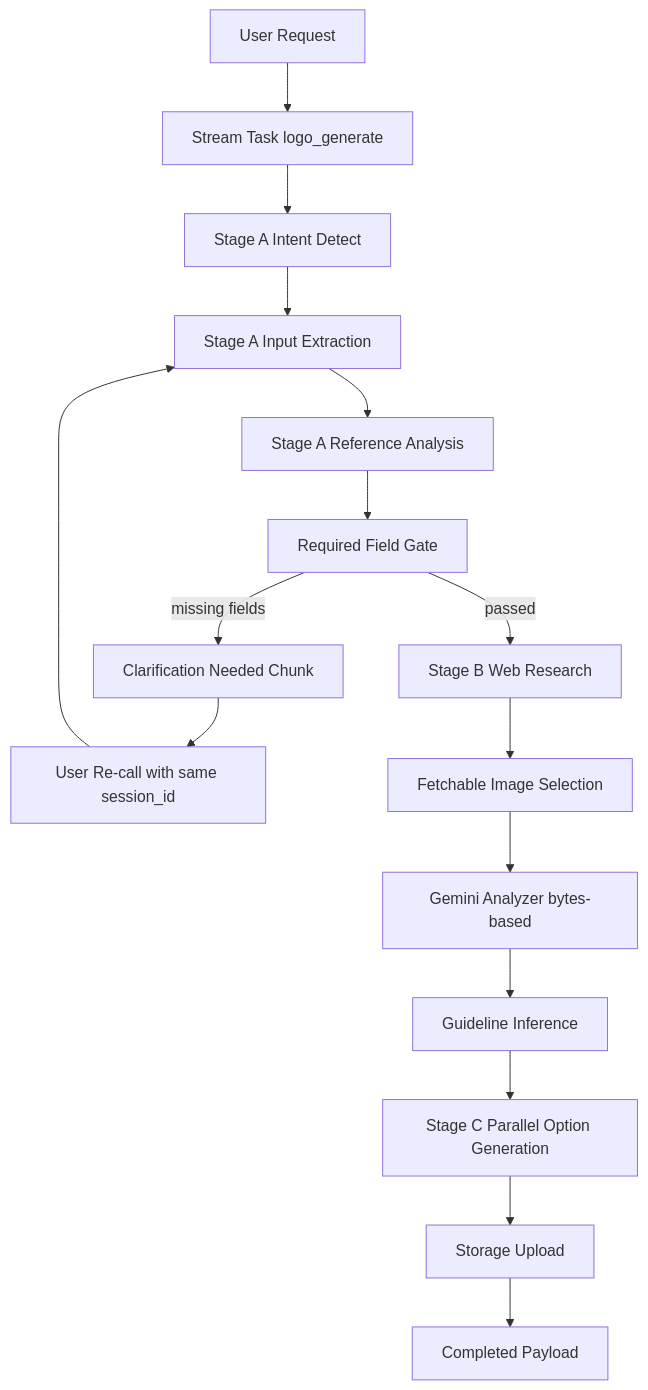
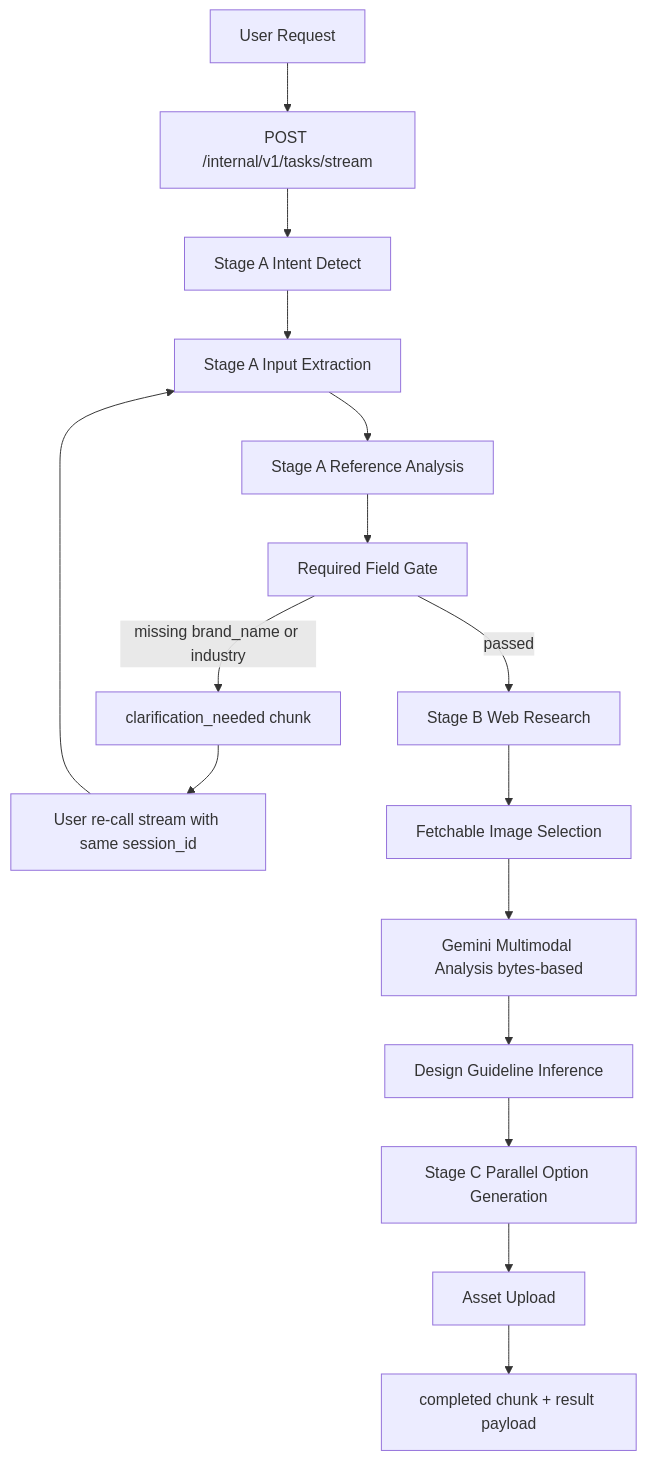
The first of 3 diagrams in architecture.md (Ne4nf/Agent-Memory), drawn with Mermaid before and after one commit. The commit also changed other lines of this file, not shown here.

Commit message:
Update architecture document for logo generation POC

````diff
--- a/architecture.md
+++ b/architecture.md
@@ -106,20 +109,20 @@
 ```mermaid
 flowchart TD
-  U[User Request] --> S[Stream Task logo_generate]
-  S --> A1[Stage A Intent Detect]
+  U[User Request] --> ST[POST /internal/v1/tasks/stream]
+  ST --> A1[Stage A Intent Detect]
   A1 --> A2[Stage A Input Extraction]
   A2 --> A3[Stage A Reference Analysis]
-  A3 --> A4[Required Field Gate]
+  A3 --> GATE[Required Field Gate]
 
-  A4 -->|missing fields| AQ[Clarification Needed Chunk]
-  AQ --> AR[User Re-call with same session_id]
-  AR --> A2
+  GATE -->|missing brand_name or industry| CL[clarification_needed chunk]
+  CL --> RC[User re-call stream with same session_id]
+  RC --> A2
 
-  A4 -->|passed| B1[Stage B Web Research]
+  GATE -->|passed| B1[Stage B Web Research]
   B1 --> B2[Fetchable Image Selection]
-  B2 --> B3[Gemini Analyzer bytes-based]
-  B3 --> B4[Guideline Inference]
+  B2 --> B3[Gemini Multimodal Analysis bytes-based]
+  B3 --> B4[Design Guideline Inference]
   B4 --> C1[Stage C Parallel Option Generation]
-  C1 --> C2[Storage Upload]
-  C2 --> O[Completed Payload]
+  C1 --> C2[Asset Upload]
+  C2 --> DONE[completed chunk + result payload]
 ```
````
